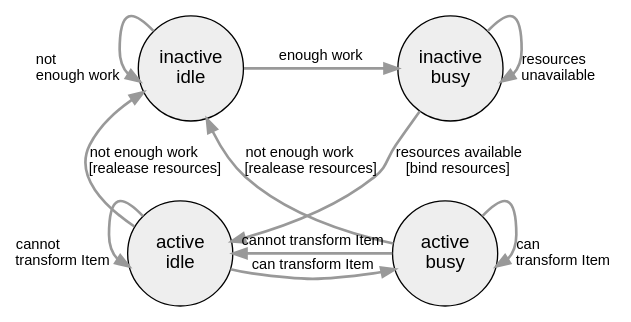
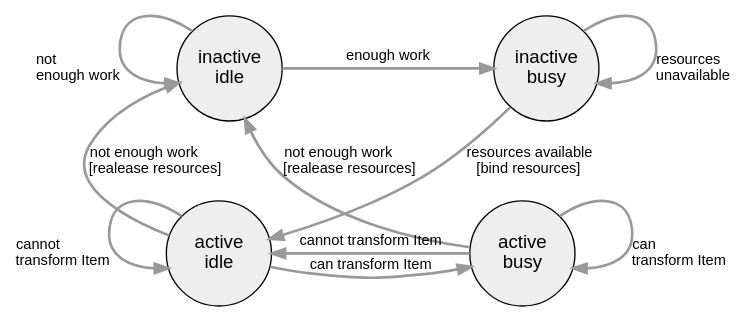
One commit to drautzburg/currychicken changed the diagram in opal/workorderStates.dot. Above: the diagram before and after it, drawn with Graphviz. The commit also changed 6 other files, not shown here.

```diff
--- a/opal/workorderStates.dot
+++ b/opal/workorderStates.dot
@@ -1,46 +1,46 @@
 digraph d {
 	 node [fontname = "Arial"];
 	 edge [fontname = "Arial", fontsize=11,color="#999999", penwidth=2, weight=1];
-	 graph[nodesep=0.2]
+	 graph[nodesep=0.6]
 	 overlap = scale;
 # rankdir=LR
 	subgraph sensor {
 		node [shape=circle, style=filled, fillcolor="#EEEEEE", fixedsize=true, width=0.4]
 	}
 	subgraph store {
 		node [shape=box]
 	}
 	subgraph process {
 		node [shape=rectangle, style="filled,rounded" fillcolor="#EEEEEE"]
 	}
 	subgraph state {
 		node [shape=circle, style=filled, fillcolor="#EEEEEE", fixedsize=true, width=1.1]
 		inactiveIdle[label="inactive\nidle"]
 		inactiveBusy[label="inactive\nbusy"]
 		activeIdle[label="active\nidle"]
 		activeBusy[label="active\nbusy"]
 	}
 
 {rank=same; activeIdle activeBusy}
 {rank=same; inactiveIdle inactiveBusy}
 	 
 inactiveIdle:nw -> inactiveIdle:c[label="not \lenough work"]
 inactiveIdle -> inactiveBusy[label="enough work"]
 
 
 inactiveBusy:ne -> inactiveBusy:c[label="resources\lunavailable"]
 inactiveBusy -> activeIdle[label="resources available\l[bind resources]"]
 
 
 activeIdle:nw -> activeIdle:c[label="cannot \ltransform Item"]
 activeIdle -> activeBusy[label="can transform Item"]
 
 activeBusy:ne -> activeBusy:c[label="can \ltransform Item"]
 activeBusy -> activeIdle[label="cannot transform Item"]
 activeBusy -> inactiveIdle[label="not enough work\l[realease resources]"]
 
 activeIdle -> inactiveIdle[label="not enough work\l[realease resources]", weight=2]
 
 activeBusy -> inactiveBusy[style="invis", weight=2]
 		
 }
```
